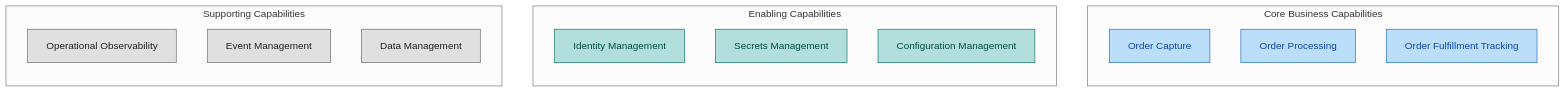
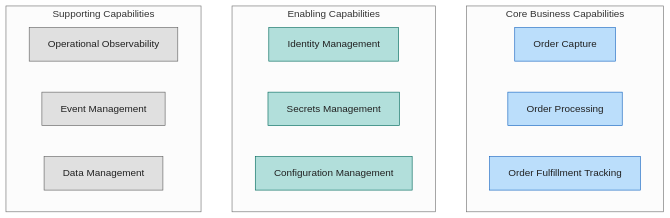
One commit to Evilazaro/Azure-LogicApps-Monitoring changed the first of 4 diagrams in docs/architecture/01-business-architecture.md. Above: the diagram before and after it, drawn with Mermaid (neutral theme). The commit also changed other lines of this file and 2 other files, not shown here.

Commit message:
Refactor architecture diagrams for consistent color scheme and improved readability

````diff
--- a/docs/architecture/01-business-architecture.md
+++ b/docs/architecture/01-business-architecture.md
@@ -32,31 +32,28 @@
 ```mermaid
 flowchart TB
     subgraph CoreBusiness["Core Business Capabilities"]
-        direction TB
         OC[Order Capture]
         OP[Order Processing]
         OF[Order Fulfillment Tracking]
     end
 
     subgraph Enabling["Enabling Capabilities"]
-        direction TB
         IM[Identity Management]
         SM[Secrets Management]
         CM[Configuration Management]
     end
 
     subgraph Supporting["Supporting Capabilities"]
-        direction TB
         OBS[Operational Observability]
         EM[Event Management]
         DM[Data Management]
     end
 
-    classDef core fill:#BBDEFB,stroke:#1565C0,color:#0D47A1
-    classDef enabling fill:#B2DFDB,stroke:#00695C,color:#004D40
+    classDef core fill:#BBDEFB,stroke:#1565C0,color:#212121
+    classDef enabling fill:#B2DFDB,stroke:#00695C,color:#212121
     classDef supporting fill:#E0E0E0,stroke:#616161,color:#212121
 
     class OC,OP,OF core
     class IM,SM,CM enabling
     class OBS,EM,DM supporting
 ```
````
